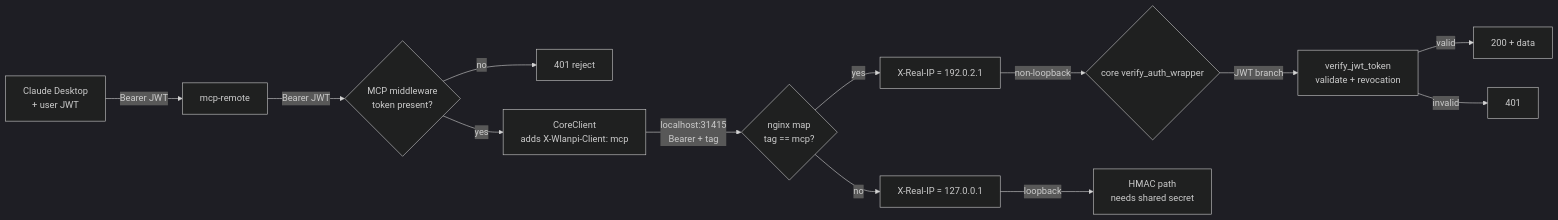
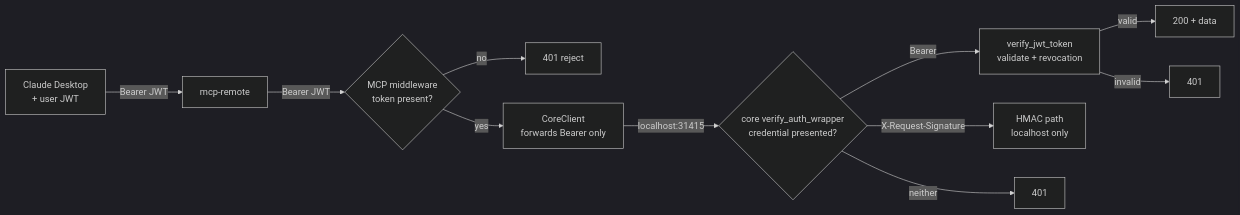
One commit to WLAN-Pi/wlanpi-mcp changed the second of 2 diagrams in docs/auth-flow.md. Above: the diagram before and after it, drawn with Mermaid (dark theme). The commit also changed other lines of this file and 4 other files, not shown here.

First line of the commit message:
fix(client): drop X-Wlanpi-Client header (#37) (#83)

````diff
--- a/docs/auth-flow.md
+++ b/docs/auth-flow.md
@@ -55,15 +52,13 @@
 ```mermaid
 flowchart LR
     A[Claude Desktop<br/>+ user JWT] -->|Bearer JWT| B[mcp-remote]
     B -->|Bearer JWT| C{MCP middleware<br/>token present?}
     C -->|no| C401[401 reject]
-    C -->|yes| D[CoreClient<br/>adds X-Wlanpi-Client: mcp]
-    D -->|localhost:31415<br/>Bearer + tag| E{nginx map<br/>tag == mcp?}
-    E -->|yes| F[X-Real-IP = 192.0.2.1]
-    E -->|no| G[X-Real-IP = 127.0.0.1]
-    F -->|non-loopback| H{core verify_auth_wrapper}
-    G -->|loopback| I[HMAC path<br/>needs shared secret]
-    H -->|JWT branch| J[verify_jwt_token<br/>validate + revocation]
+    C -->|yes| D[CoreClient<br/>forwards Bearer only]
+    D -->|localhost:31415| H{core verify_auth_wrapper<br/>credential presented?}
+    H -->|Bearer| J[verify_jwt_token<br/>validate + revocation]
+    H -->|X-Request-Signature| I[HMAC path<br/>localhost only]
+    H -->|neither| L401[401]
     J -->|valid| K[200 + data]
     J -->|invalid| L[401]
 ```
````
